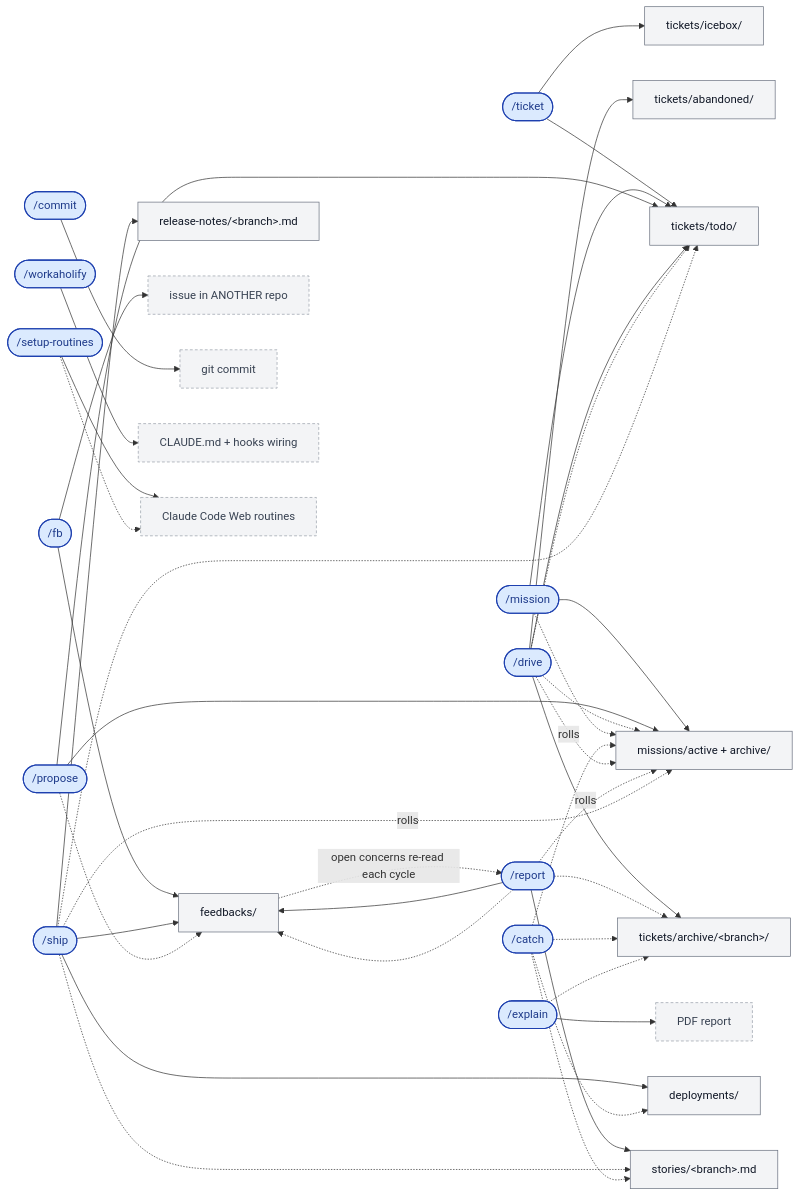
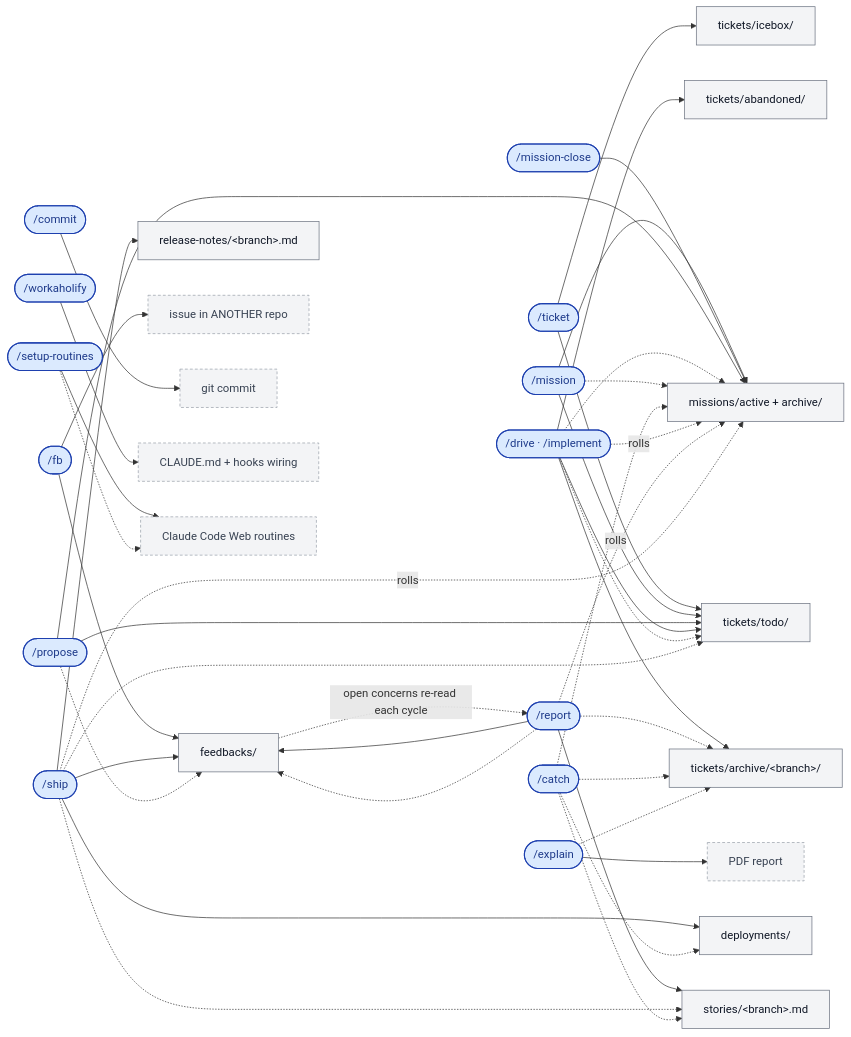
The fourth of 5 diagrams in README.md (qmu/workaholic), drawn with Mermaid before and after one commit. The commit also changed other lines of this file and 7 other files, not shown here.

````diff
--- a/README.md
+++ b/README.md
@@ -297,9 +297,10 @@
   %% ---------- commands (blue) ----------
   ticket(["/ticket"])
   mission(["/mission"])
+  missionclose(["/mission-close"])
   propose(["/propose"])
   feedback(["/fb"])
-  drive(["/drive"])
+  drive(["/drive · /implement"])
   report(["/report"])
   ship(["/ship"])
   catch(["/catch"])
@@ -332,6 +333,7 @@
   feedback --> EXT
   mission --> MIS
   mission --> TODO
+  missionclose --> MIS
   propose --> MIS
   propose --> TODO
   feedback --> FBK
@@ -376,7 +378,7 @@
   classDef cmd fill:#dbeafe,stroke:#1e40af,stroke-width:1.5px,color:#1e3a8a;
   classDef art fill:#f3f4f6,stroke:#6b7280,color:#111827;
   classDef ext fill:#f3f4f6,stroke:#9aa0aa,stroke-dasharray:4 3,color:#374151;
-  class ticket,mission,propose,feedback,drive,report,ship,catch,commit,explain,workaholify,setuproutines cmd;
+  class ticket,mission,missionclose,propose,feedback,drive,report,ship,catch,commit,explain,workaholify,setuproutines cmd;
   class TODO,ICE,ARCH,ABD,MIS,STORY,FBK,REL,DEP art;
   class EXT,PDF,WT,CFG,ROUT ext;
 ```
````
